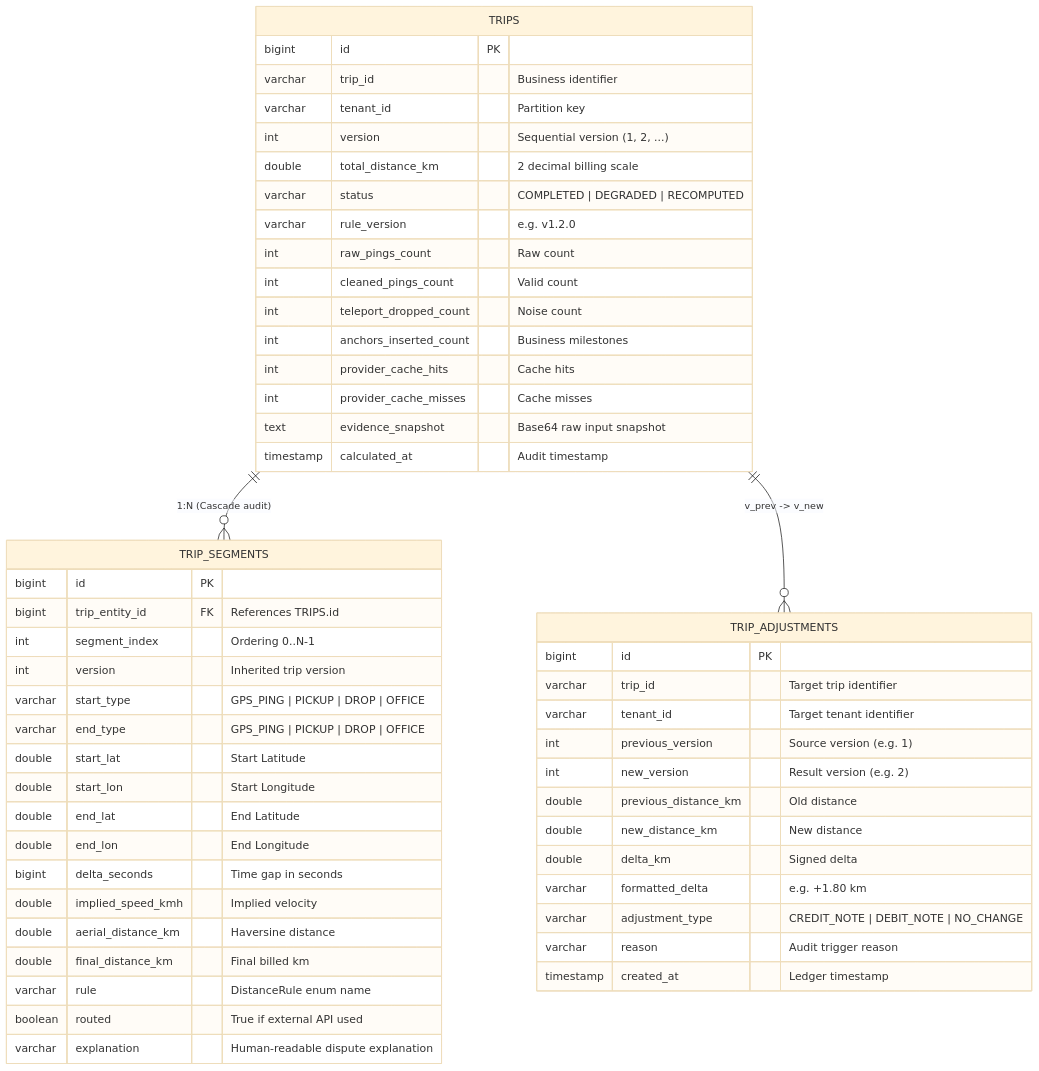
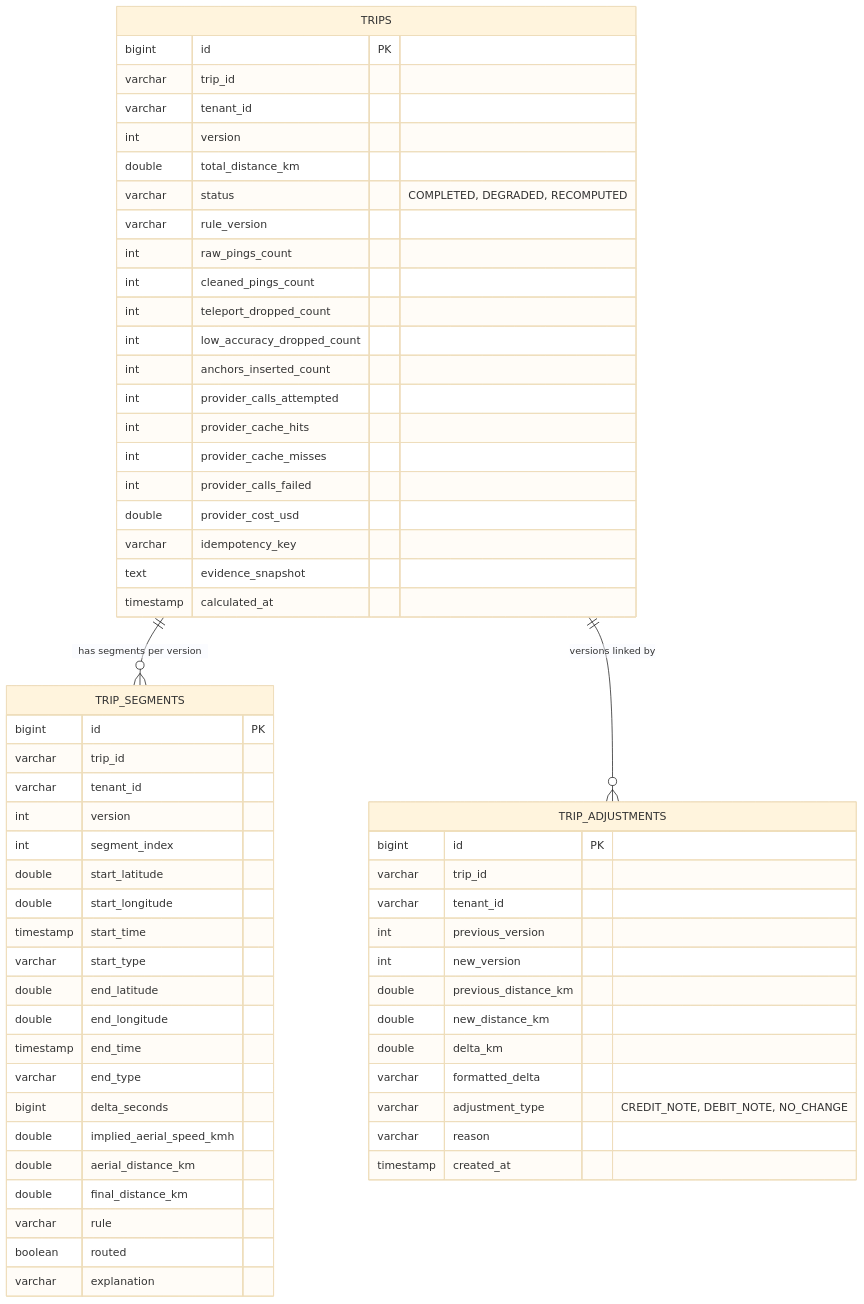
One commit to kamran-asif/GPS-Gap-Backfill-Billable-Distance-Reconstruction changed the fifth of 6 diagrams in README.md. Above: the diagram before and after it, drawn with Mermaid (base theme). The commit also changed other lines of this file, not shown here.

Commit message:
docs: professional README rewrite; align rules, API, schema and run instructions with code

````diff
--- a/README.md
+++ b/README.md
@@ -306,58 +336,66 @@
 ```mermaid
 erDiagram
-    TRIPS ||--o{ TRIP_SEGMENTS : "1:N (Cascade audit)"
-    TRIPS ||--o{ TRIP_ADJUSTMENTS : "v_prev -> v_new"
+    TRIPS ||--o{ TRIP_SEGMENTS : "has segments per version"
+    TRIPS ||--o{ TRIP_ADJUSTMENTS : "versions linked by"
 
     TRIPS {
         bigint id PK
-        varchar trip_id "Business identifier"
-        varchar tenant_id "Partition key"
-        int version "Sequential version (1, 2, ...)"
-        double total_distance_km "2 decimal billing scale"
-        varchar status "COMPLETED | DEGRADED | RECOMPUTED"
-        varchar rule_version "e.g. v1.2.0"
-        int raw_pings_count "Raw count"
-        int cleaned_pings_count "Valid count"
-        int teleport_dropped_count "Noise count"
-        int anchors_inserted_count "Business milestones"
-        int provider_cache_hits "Cache hits"
-        int provider_cache_misses "Cache misses"
-        text evidence_snapshot "Base64 raw input snapshot"
-        timestamp calculated_at "Audit timestamp"
+        varchar trip_id
+        varchar tenant_id
+        int version
+        double total_distance_km
+        varchar status "COMPLETED, DEGRADED, RECOMPUTED"
+        varchar rule_version
+        int raw_pings_count
+        int cleaned_pings_count
+        int teleport_dropped_count
+        int low_accuracy_dropped_count
+        int anchors_inserted_count
+        int provider_calls_attempted
+        int provider_cache_hits
+        int provider_cache_misses
+        int provider_calls_failed
+        double provider_cost_usd
+        varchar idempotency_key
+        text evidence_snapshot
+        timestamp calculated_at
     }
 
     TRIP_SEGMENTS {
         bigint id PK
-        bigint trip_entity_id FK "References TRIPS.id"
-        int segment_index "Ordering 0..N-1"
-        int version "Inherited trip version"
-        varchar start_type "GPS_PING | PICKUP | DROP | OFFICE"
-        varchar end_type "GPS_PING | PICKUP | DROP | OFFICE"
-        double start_lat "Start Latitude"
-        double start_lon "Start Longitude"
-        double end_lat "End Latitude"
-        double end_lon "End Longitude"
-        bigint delta_seconds "Time gap in seconds"
-        double implied_speed_kmh "Implied velocity"
-        double aerial_distance_km "Haversine distance"
-        double final_distance_km "Final billed km"
-        varchar rule "DistanceRule enum name"
-        boolean routed "True if external API used"
-        varchar explanation "Human-readable dispute explanation"
+        varchar trip_id
+        varchar tenant_id
+        int version
+        int segment_index
+        double start_latitude
+        double start_longitude
+        timestamp start_time
+        varchar start_type
+        double end_latitude
+        double end_longitude
+        timestamp end_time
+        varchar end_type
+        bigint delta_seconds
+        double implied_aerial_speed_kmh
+        double aerial_distance_km
+        double final_distance_km
+        varchar rule
+        boolean routed
+        varchar explanation
     }
 
     TRIP_ADJUSTMENTS {
         bigint id PK
-        varchar trip_id "Target trip identifier"
-        varchar tenant_id "Target tenant identifier"
-        int previous_version "Source version (e.g. 1)"
-        int new_version "Result version (e.g. 2)"
-        double previous_distance_km "Old distance"
-        double new_distance_km "New distance"
-        double delta_km "Signed delta"
-        varchar formatted_delta "e.g. +1.80 km"
-        varchar adjustment_type "CREDIT_NOTE | DEBIT_NOTE | NO_CHANGE"
-        varchar reason "Audit trigger reason"
-        timestamp created_at "Ledger timestamp"
+        varchar trip_id
+        varchar tenant_id
+        int previous_version
+        int new_version
+        double previous_distance_km
+        double new_distance_km
+        double delta_km
+        varchar formatted_delta
+        varchar adjustment_type "CREDIT_NOTE, DEBIT_NOTE, NO_CHANGE"
+        varchar reason
+        timestamp created_at
     }
 ```
````
